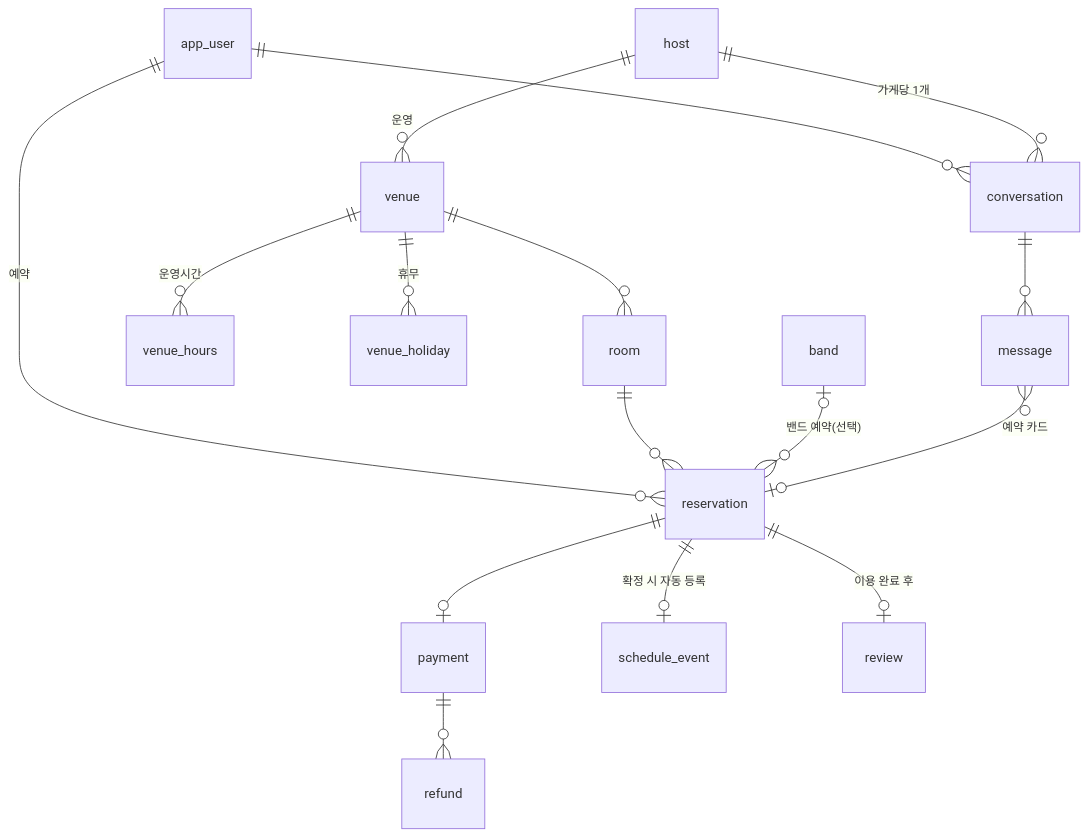
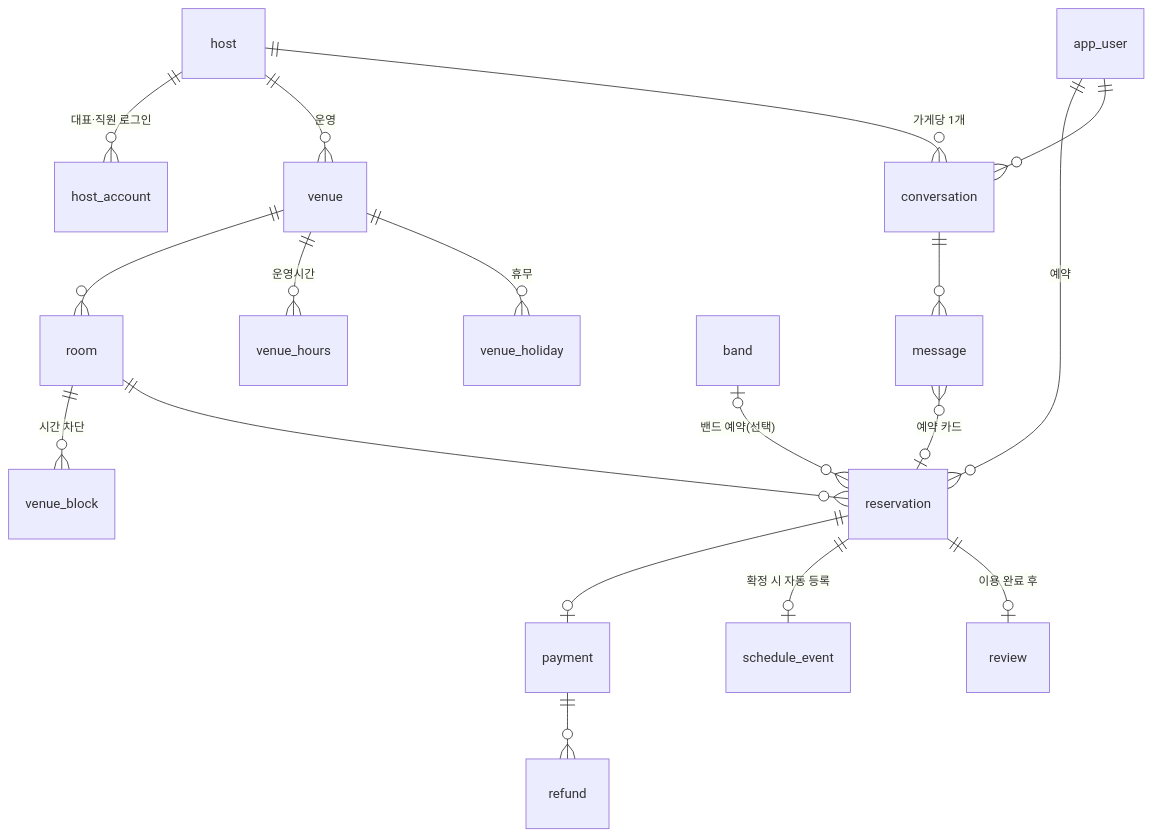
The second of 3 diagrams in docs/개발가이드.md (cocoa030722/wearelive), drawn with Mermaid before and after one commit. The commit also changed other lines of this file and 5 other files, not shown here.

````diff
--- a/docs/개발가이드.md
+++ b/docs/개발가이드.md
@@ -413,18 +463,20 @@
 ```mermaid
 erDiagram
+  host ||--o{ host_account : "대표·직원 로그인"
   host ||--o{ venue : "운영"
+  room ||--o{ venue_block : "시간 차단"
   venue ||--o{ room : ""
   venue ||--o{ venue_hours : "운영시간"
   venue ||--o{ venue_holiday : "휴무"
   app_user ||--o{ reservation : "예약"
   room ||--o{ reservation : ""
   band |o--o{ reservation : "밴드 예약(선택)"
   reservation ||--o| payment : ""
   payment ||--o{ refund : ""
   reservation ||--o| schedule_event : "확정 시 자동 등록"
   reservation ||--o| review : "이용 완료 후"
   app_user ||--o{ conversation : ""
   host ||--o{ conversation : "가게당 1개"
   conversation ||--o{ message : ""
   message }o--o| reservation : "예약 카드"
 ```
````
